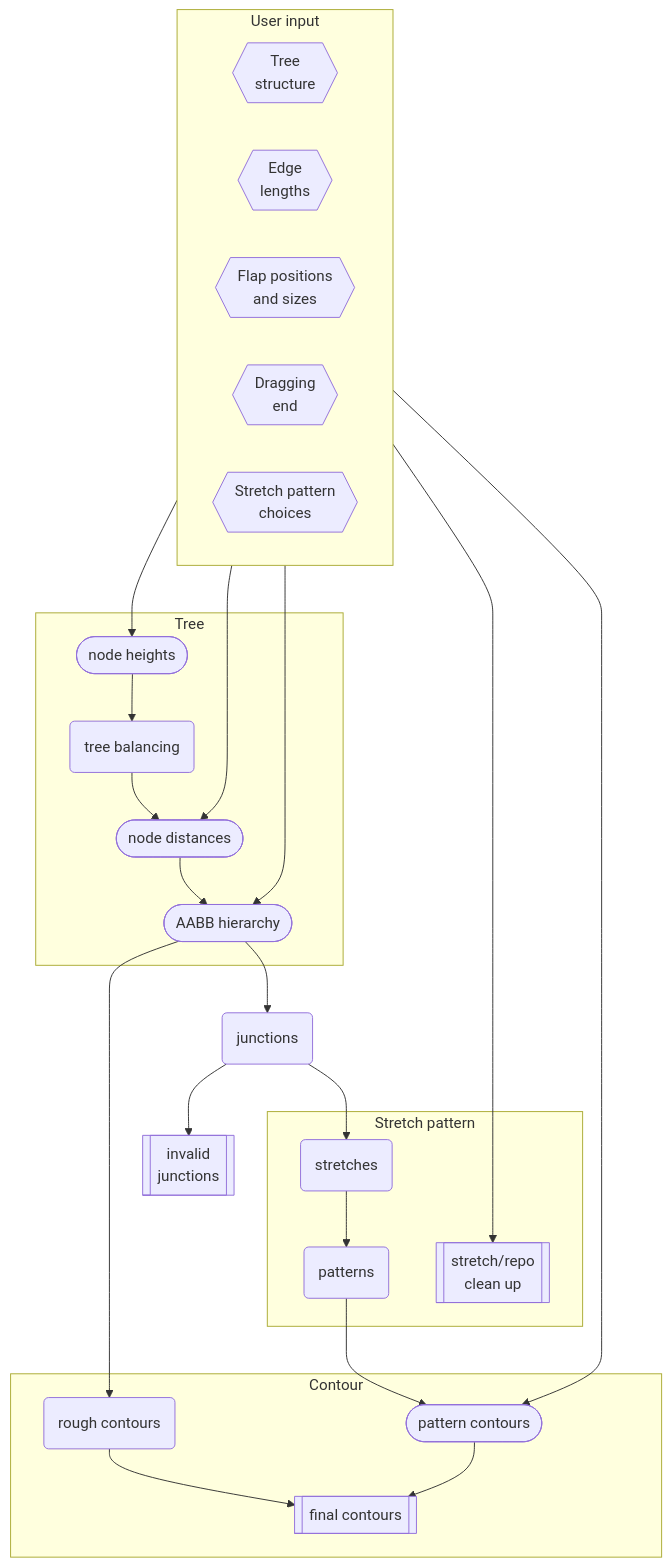
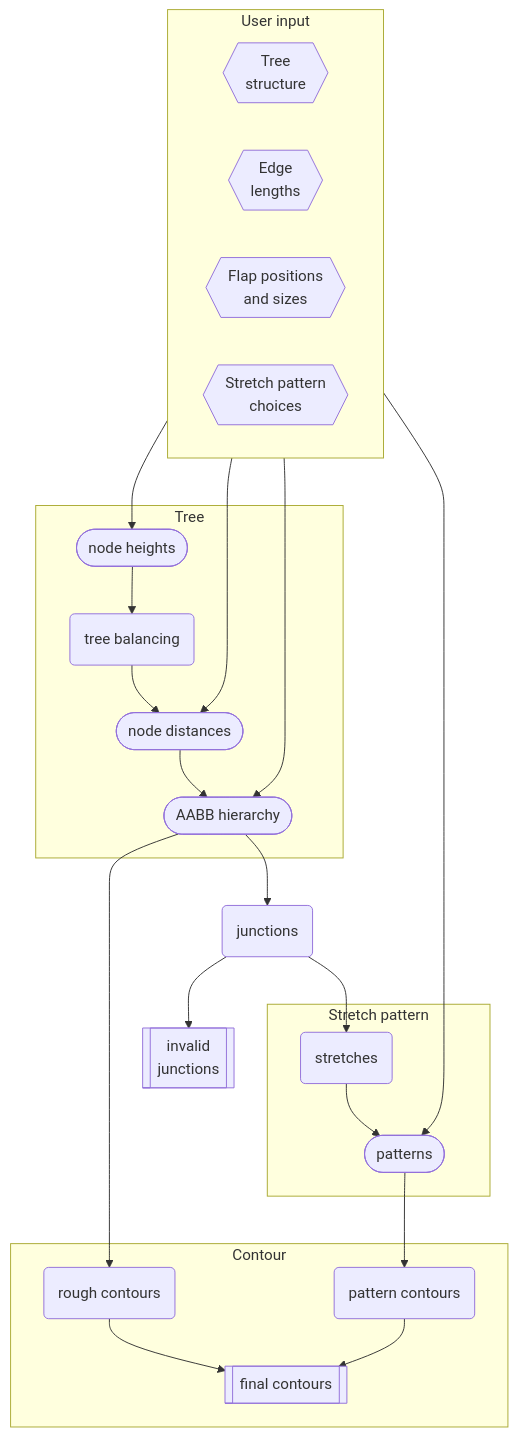
Before and after one commit to bp-studio/box-pleating-studio: the diagram in src/core/README.md, drawn with Mermaid. The commit also changed 24 other files, not shown here.

````diff
--- a/src/core/README.md
+++ b/src/core/README.md
@@ -18,37 +18,33 @@
 ```mermaid
 flowchart TB
 subgraph User input
 	direction LR
 	T{{Tree\nstructure}}
 	L{{Edge\nlengths}}
 	F{{Flap positions\nand sizes}}
-	D{{Dragging\nend}}
 	P{{Stretch pattern\nchoices}}
 end
 subgraph Tree
 	h([node heights])
 	b(tree balancing)
 	d([node distances])
 	a([AABB hierarchy])
 end
 j(junctions)
 i[[invalid\njunctions]]
 subgraph Stretch pattern
 	s(stretches)
-	sc[[stretch/repo\nclean up]]
-	p(patterns)
+	p([patterns])
 end
 subgraph Contour
 	rc(rough contours)
-	pc([pattern contours])
+	pc(pattern contours)
 	fc[[final contours]]
 end
 
 T --> h --> b
 b & L --> d
 d & F --> a --> rc --> fc
 a --> j --> i & s
-D --------> sc
-s --> p
-p & P --> pc --> fc
+s & P --> p --> pc --> fc
 ```
````
